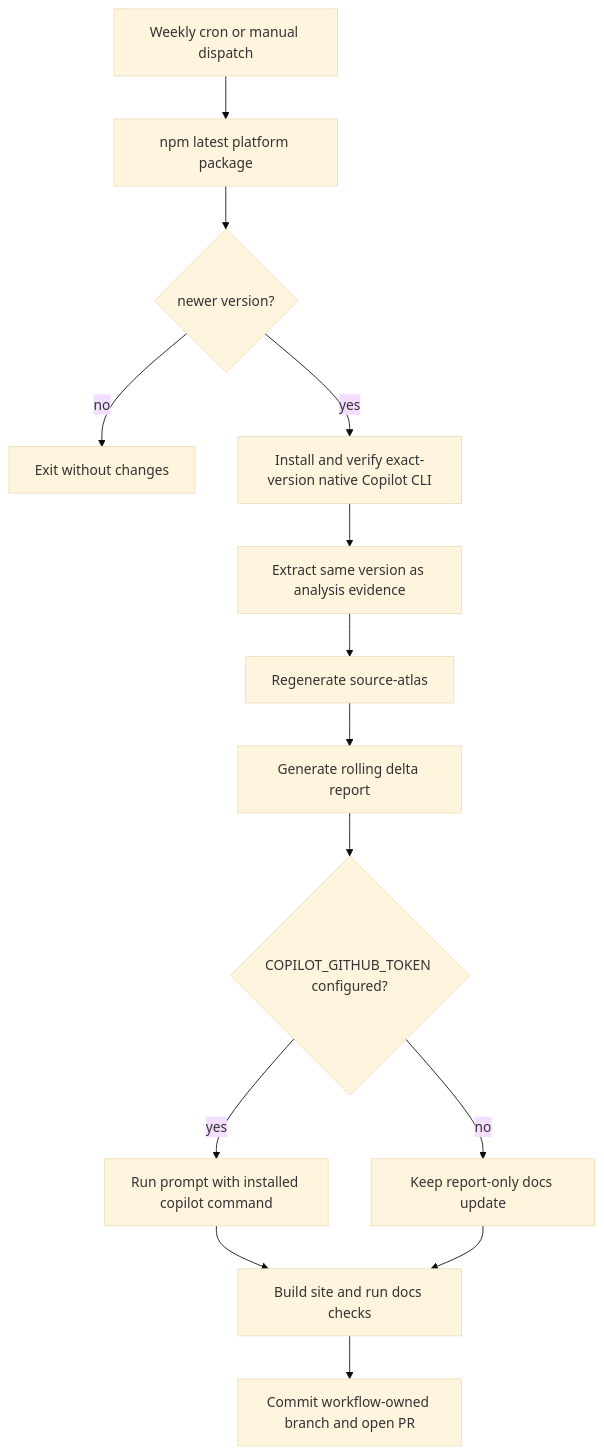
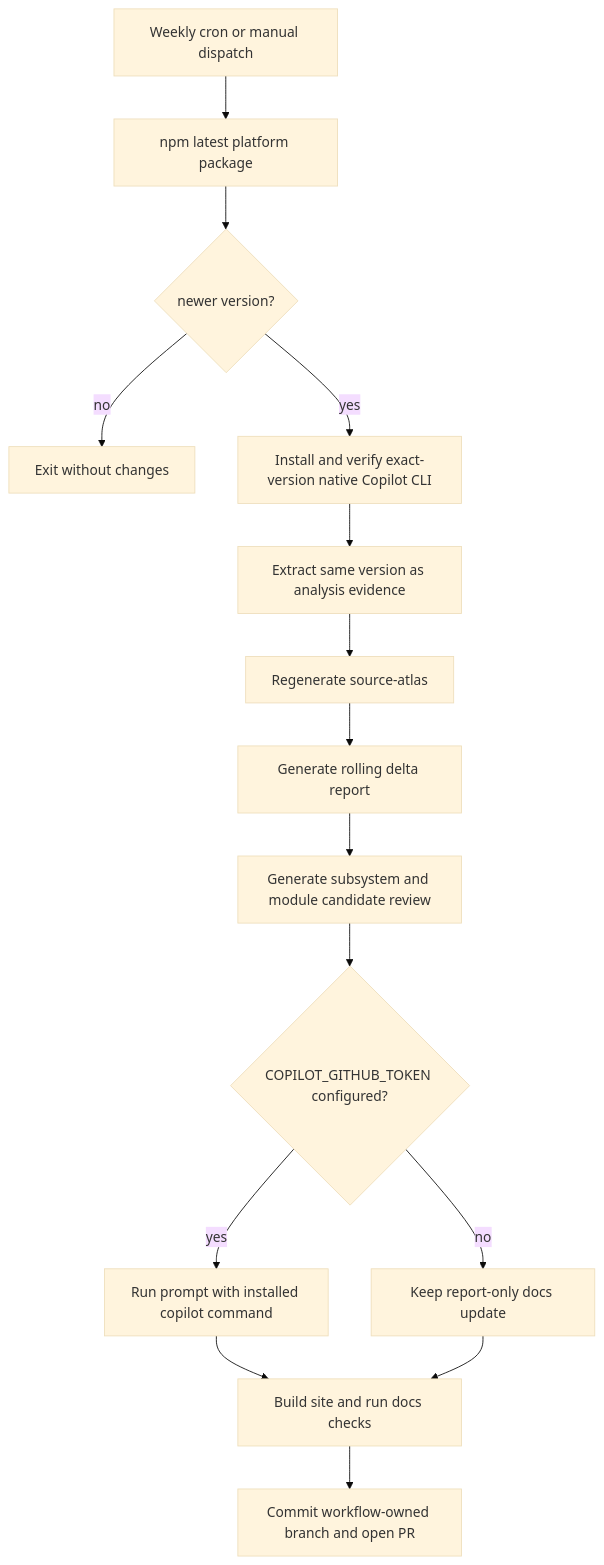
The diagram in docs/00-start-here/weekly-update-automation.md (vibewatch/copilot-cli-internals), drawn with Mermaid (base theme) before and after one commit. The commit also changed other lines of this file and 33 other files, not shown here.

````diff
--- a/docs/00-start-here/weekly-update-automation.md
+++ b/docs/00-start-here/weekly-update-automation.md
@@ -17,16 +19,17 @@
 ```mermaid
 flowchart TD
     Schedule[Weekly cron or manual dispatch] --> Check[npm latest platform package]
     Check --> Same{newer version?}
     Same -->|no| Stop[Exit without changes]
     Same -->|yes| Install[Install and verify exact-version native Copilot CLI]
     Install --> Extract[Extract same version as analysis evidence]
     Extract --> Atlas[Regenerate source-atlas]
     Atlas --> Report[Generate rolling delta report]
-    Report --> Secret{COPILOT_GITHUB_TOKEN configured?}
+    Report --> Candidates[Generate subsystem and module candidate review]
+    Candidates --> Secret{COPILOT_GITHUB_TOKEN configured?}
     Secret -->|yes| Agent[Run prompt with installed copilot command]
     Secret -->|no| Deterministic[Keep report-only docs update]
     Agent --> Validate[Build site and run docs checks]
     Deterministic --> Validate
     Validate --> PR[Commit workflow-owned branch and open PR]
 ```
````
